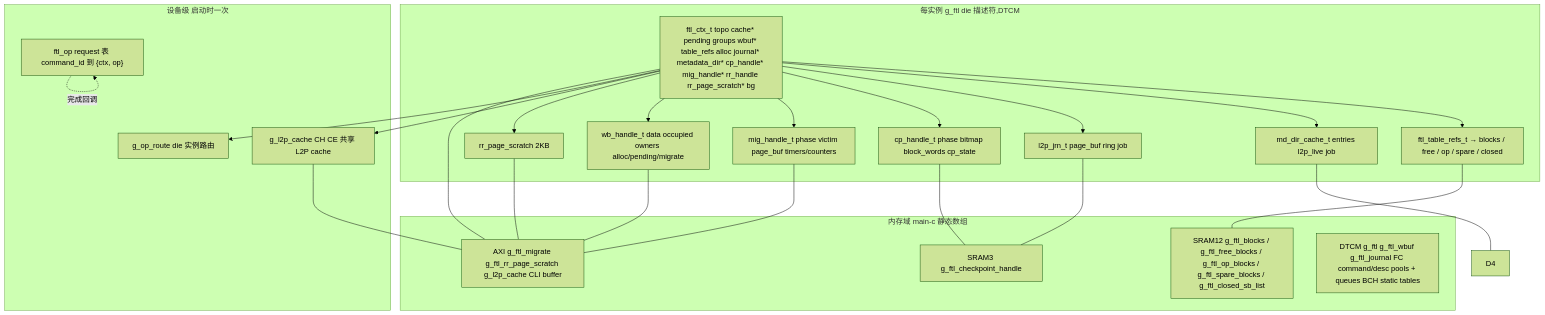
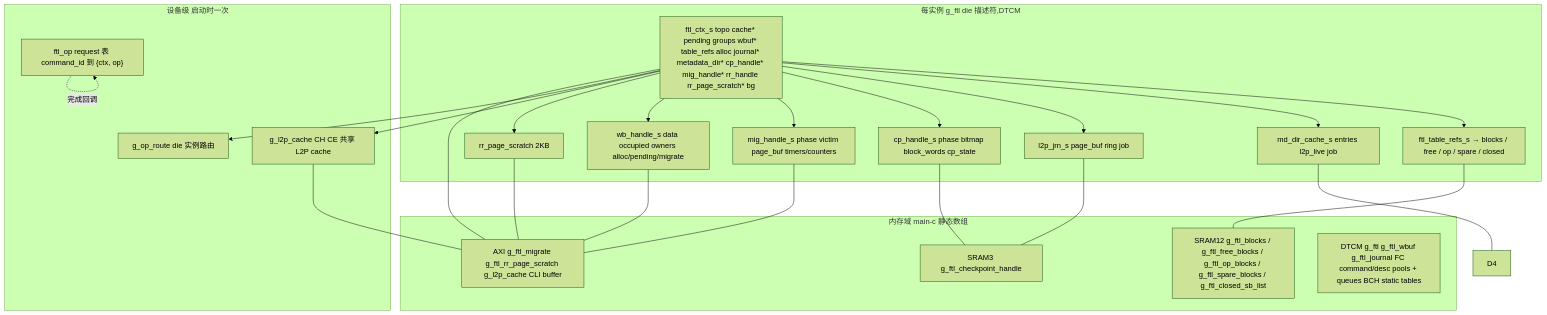
Before and after one commit to YzYMIAO/BASESSD: diagram 36 of 36 in docs/design/ftl_design.md, drawn with Mermaid (forest theme). The commit also changed other lines of this file and 177 other files, not shown here.

````diff
--- a/docs/design/ftl_design.md
+++ b/docs/design/ftl_design.md
@@ -4849,46 +4849,46 @@
 ```mermaid
 flowchart TB
     subgraph "设备级 启动时一次"
         ROUTE["g_op_route die 实例路由"]
         CT["ftl_op request 表 command_id 到 {ctx, op}"]
         LC["g_l2p_cache CH CE 共享 L2P cache"]
     end
 
     subgraph "每实例 g_ftl die 描述符,DTCM"
-        CTX["ftl_ctx_t topo cache* pending groups wbuf* table_refs alloc journal* metadata_dir* cp_handle* mig_handle* rr_handle rr_page_scratch* bg"]
-        TAB["ftl_table_refs_t → blocks / free / op / spare / closed"]
-        MD["md_dir_cache_t entries l2p_live job"]
-        JRN["l2p_jrn_t page_buf ring job"]
-        CPJ["cp_handle_t phase bitmap block_words cp_state"]
-        MIG["mig_handle_t phase victim page_buf timers/counters"]
-        WB["wb_handle_t data occupied owners alloc/pending/migrate"]
+        CTX["ftl_ctx_s topo cache* pending groups wbuf* table_refs alloc journal* metadata_dir* cp_handle* mig_handle* rr_handle rr_page_scratch* bg"]
+        TAB["ftl_table_refs_s → blocks / free / op / spare / closed"]
+        MD["md_dir_cache_s entries l2p_live job"]
+        JRN["l2p_jrn_s page_buf ring job"]
+        CPJ["cp_handle_s phase bitmap block_words cp_state"]
+        MIG["mig_handle_s phase victim page_buf timers/counters"]
+        WB["wb_handle_s data occupied owners alloc/pending/migrate"]
         RRS["rr_page_scratch 2KB"]
     end
 
     subgraph "内存域 main-c 静态数组"
         D12["SRAM12 g_ftl_blocks / g_ftl_free_blocks / g_ftl_op_blocks / g_ftl_spare_blocks / g_ftl_closed_sb_list"]
         D3["SRAM3 g_ftl_checkpoint_handle"]
         AX["AXI g_ftl_migrate g_ftl_rr_page_scratch g_l2p_cache CLI buffer"]
         DT["DTCM g_ftl g_ftl_wbuf g_ftl_journal FC command/desc pools + queues BCH static tables"]
     end
 
     CTX --> TAB
     CTX --> MD
     CTX --> JRN
     CTX --> CPJ
     CTX --> MIG
     CTX --> WB
     CTX --> RRS
     CTX --> LC
     CTX --> ROUTE
     CT -.->|完成回调| CT
     TAB --- D12
     CPJ --- D3
     JRN --- D3
     MD --- D4
     MIG --- AX
     WB --- AX
     RRS --- AX
     CTX --- AX
     LC --- AX
 ```
````
